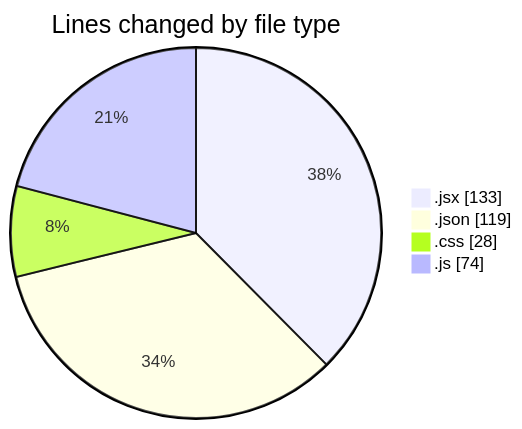
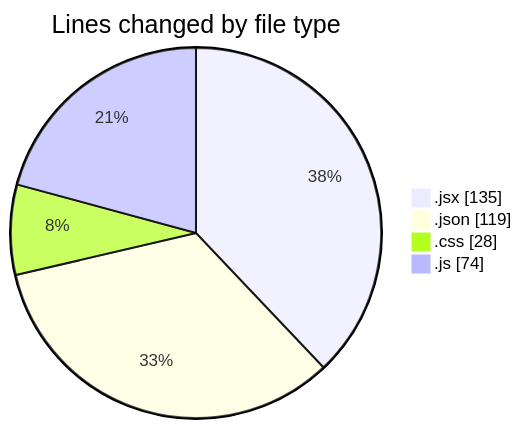
One commit to Elitesun/code-tracking changed the first of 2 diagrams in 2025-01-24/react/README.md. Above: the diagram before and after it, drawn with Mermaid. The commit also changed other lines of this file and 1 other file, not shown here.

````diff
--- a/2025-01-24/react/README.md
+++ b/2025-01-24/react/README.md
@@ -28,8 +28,8 @@
 ```mermaid
 pie showData
 title Lines changed by file type
-".jsx" : 133
+".jsx" : 135
 ".json" : 119
 ".css" : 28
 ".js" : 74
 ```
````
